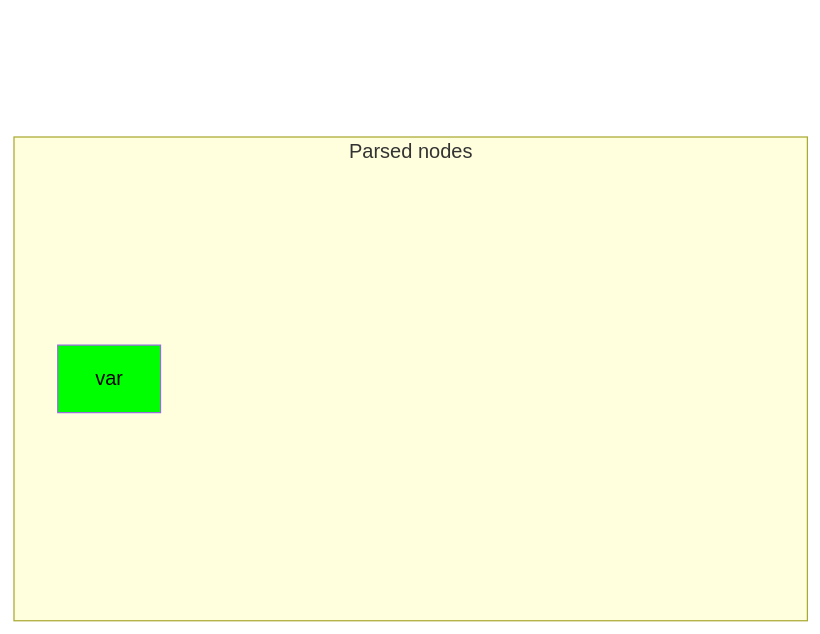
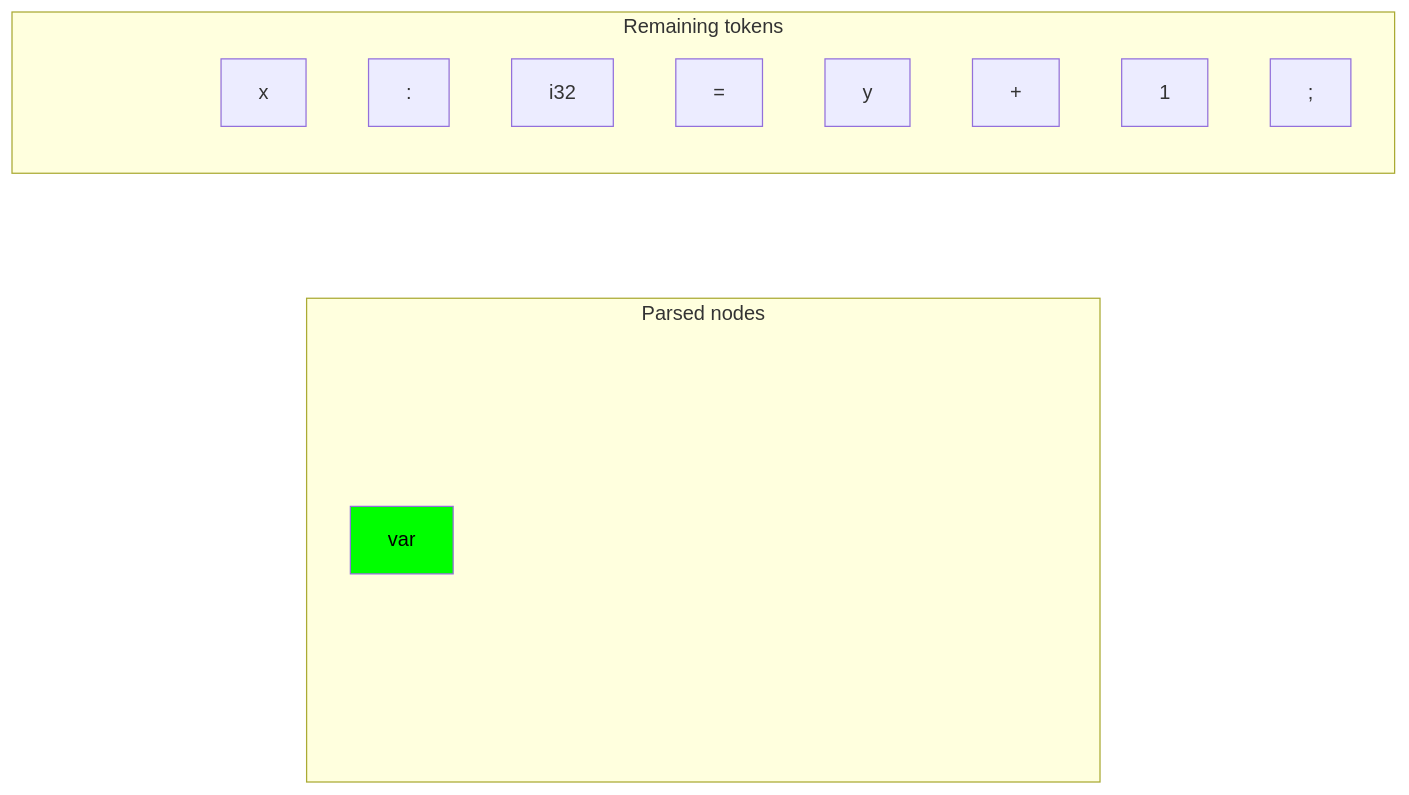
Before and after one commit to carbon-language/carbon-lang: the second of 13 diagrams in toolchain/docs/parse.md, drawn with Mermaid.

Commit message:
One more approach

````diff
--- a/toolchain/docs/parse.md
+++ b/toolchain/docs/parse.md
@@ -218,29 +201,45 @@
 ```mermaid
 flowchart BT
-    root:::hidden
+    subgraph tokens["Remaining tokens"]
+        token1[var]:::used
+        token2[x]
+        token3[:]
+        token4[i32]
+        token5[=]
+        token6[y]
+        token7[+]
+        token8[1]
+        token9[;]
+    end
+
     subgraph nodes["Parsed nodes"]
         direction BT
         node1[var]:::moved
         node2[x]:::pending
         node3[:]:::pending
         node4[i32]:::pending
         node5[=]:::pending
         node6[y]:::pending
         node7[+]:::pending
         node8[1]:::pending
         node9[;]:::pending
     end
 
+    %% A token which has been used.
+    classDef used visibility:hidden
+    %% A node which will be used, but hasn't yet been.
     classDef pending visibility:hidden
+    %% A token or node which is actively being used.
     classDef moved fill:#0F0,color:#000
-    classDef hidden visibility:hidden,display:none
 
-    node1 ~~~~ root
+    nodes ~~~ tokens
+
+    node1 ~~~~ tokens
     node3 ~~~ node2 & node4
-    node3 ~~~ root
-    node5 ~~~~ root
+    node3 ~~~ tokens
+    node5 ~~~~ tokens
     node7 ~~~ node6 & node8
-    node7 ~~~ root
+    node7 ~~~ tokens
     node9 ~~~ node1 & node3 & node5 & node7
-    node9 ~~~ root
+    node9 ~~~ tokens
 ```
````
